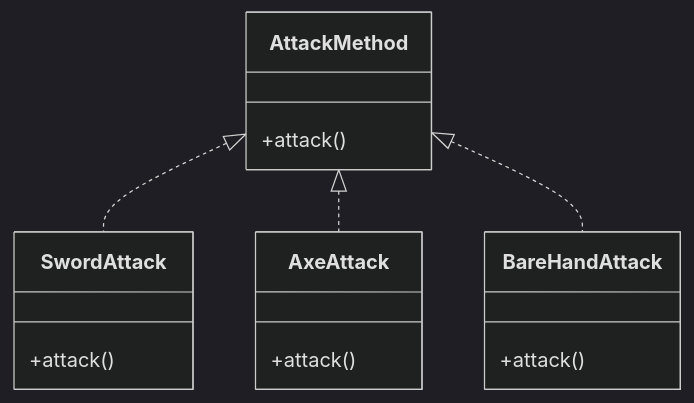
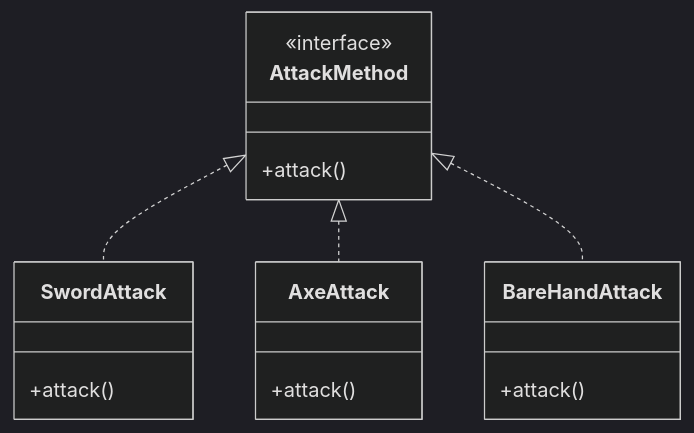
One commit to cargy/design-patterns changed the second of 4 diagrams in strategy/readme.md. Above: the diagram before and after it, drawn with Mermaid (dark theme). The commit also changed other lines of this file, not shown here.

````diff
--- a/strategy/readme.md
+++ b/strategy/readme.md
@@ -83,16 +83,18 @@
 ```mermaid
 classDiagram
     AttackMethod <|.. SwordAttack
     AttackMethod <|.. AxeAttack
     AttackMethod <|.. BareHandAttack
+    class AttackMethod
+    <<interface>> AttackMethod
     AttackMethod: +attack()
     class SwordAttack{
         +attack()
     }
     class AxeAttack{
         +attack()
     }
     class BareHandAttack{
         +attack()
     }
 ```
````
